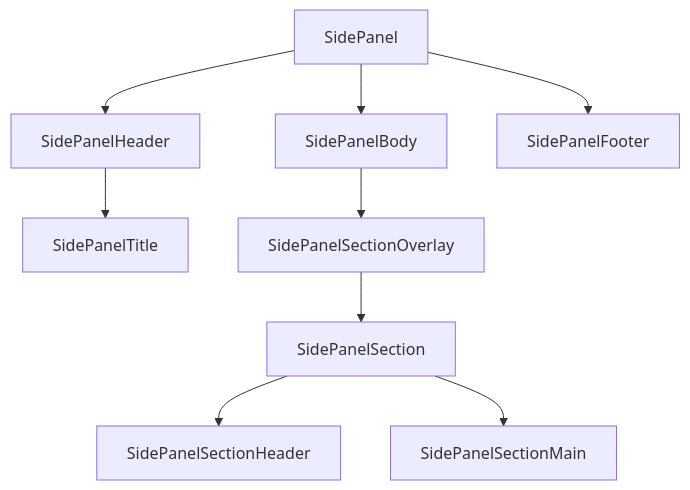
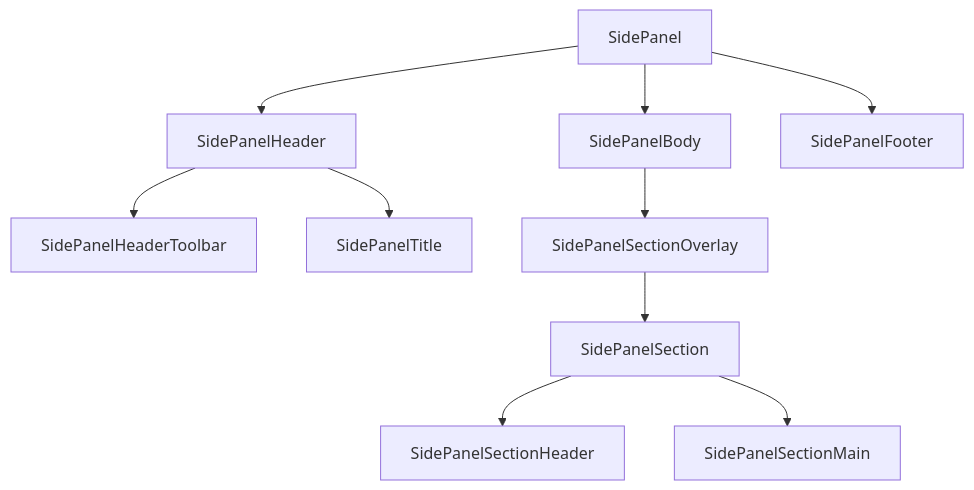
Before and after one commit to luciocabrera/lcabrera-stack: the fourth of 4 diagrams in src/components/SidePanel/ARCHITECTURE.md, drawn with Mermaid. The commit also changed other lines of this file and 6 other files, not shown here.

Commit message:
feat: add SidePanelHeaderToolbar component for enhanced drawer header functionality

````diff
--- a/src/components/SidePanel/ARCHITECTURE.md
+++ b/src/components/SidePanel/ARCHITECTURE.md
@@ -203,13 +212,14 @@
 ```mermaid
 graph TD
   SidePanel --> SidePanelHeader
   SidePanel --> SidePanelBody
   SidePanel --> SidePanelFooter
 
+  SidePanelHeader --> SidePanelHeaderToolbar
   SidePanelHeader --> SidePanelTitle
 
   SidePanelBody --> SidePanelSectionOverlay
   SidePanelSectionOverlay --> SidePanelSection
   SidePanelSection --> SidePanelSectionHeader
   SidePanelSection --> SidePanelSectionMain
 ```
````
